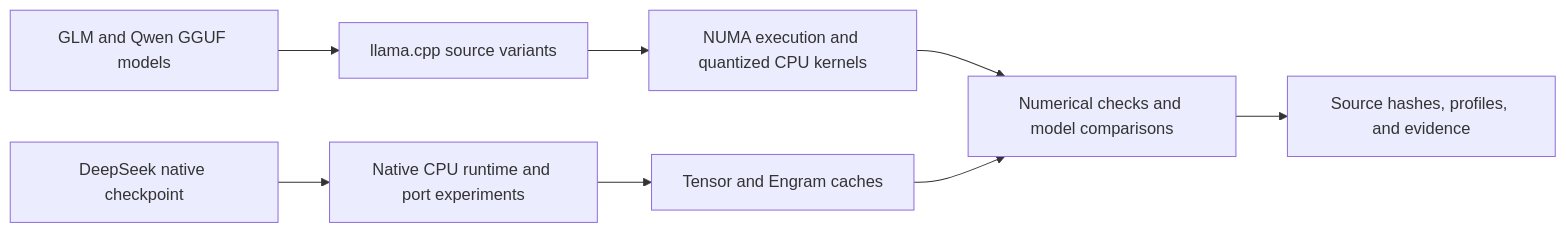
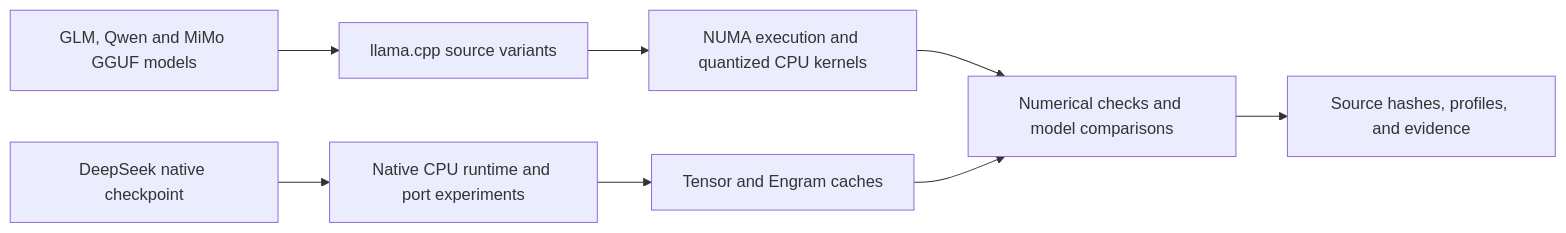
The diagram in README.md (InfoSystemic/duck-duck-llama), drawn with Mermaid before and after one commit. The commit also changed other lines of this file and 8 other files, not shown here.

````diff
--- a/README.md
+++ b/README.md
@@ -26,10 +29,10 @@
 ```mermaid
 flowchart LR
-    G[GLM and Qwen GGUF models] --> L[llama.cpp source variants]
+    G[GLM, Qwen and MiMo GGUF models] --> L[llama.cpp source variants]
     L --> N[NUMA execution and quantized CPU kernels]
     D[DeepSeek native checkpoint] --> P[Native CPU runtime and port experiments]
     P --> C[Tensor and Engram caches]
     N --> V[Numerical checks and model comparisons]
     C --> V
     V --> E[Source hashes, profiles, and evidence]
 ```
````
